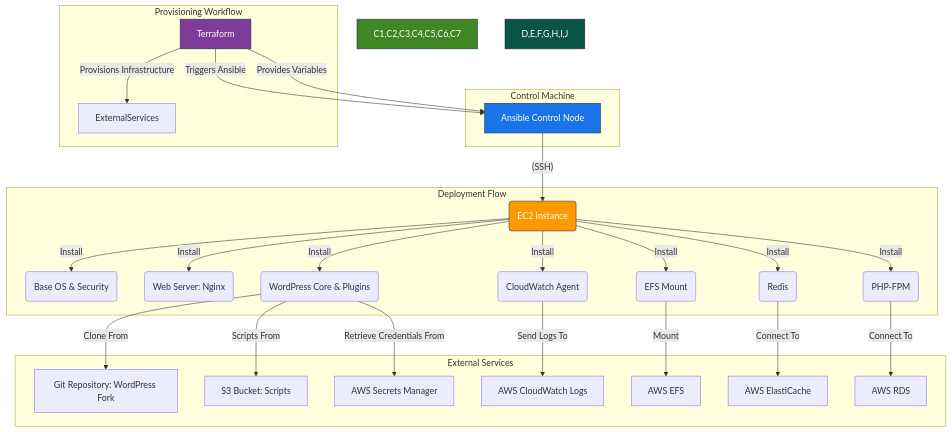
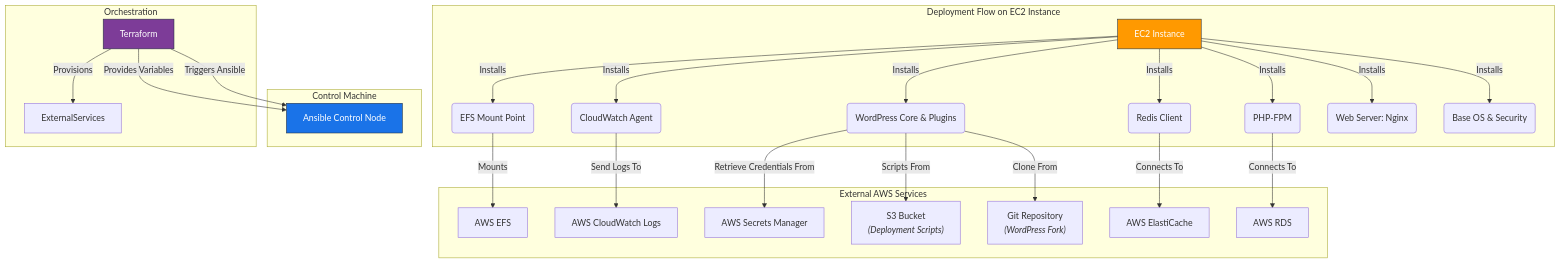
One commit to hetmanskyi-cloud/AWS changed the diagram in terraform/ansible/README.md. Above: the diagram before and after it, drawn with Mermaid. The commit also changed 5 other files, not shown here.

````diff
--- a/terraform/ansible/README.md
+++ b/terraform/ansible/README.md
@@ -51,39 +51,49 @@
 ```mermaid
 graph TD
     subgraph "Control Machine"
-        A[Ansible Control Node]
+        Ansible[Ansible Control Node]
     end
 
-    subgraph "Deployment Flow"
-        A -- (SSH) --> B(EC2 Instance)
-        B -- Install --> C1(Base OS & Security)
-        B -- Install --> C2(Web Server: Nginx)
-        B -- Install --> C3(PHP-FPM)
-        B -- Install --> C4(Redis)
-        B -- Install --> C5(WordPress Core & Plugins)
-        B -- Install --> C6(CloudWatch Agent)
-        B -- Install --> C7(EFS Mount)
+    subgraph "Deployment Flow on EC2 Instance"
+        EC2[EC2 Instance]
+        EC2 -- Installs --> BaseOS("Base OS & Security")
+        EC2 -- Installs --> Nginx("Web Server: Nginx")
+        EC2 -- Installs --> PHP("PHP-FPM")
+        EC2 -- Installs --> RedisClient("Redis Client")
+        EC2 -- Installs --> WordPress("WordPress Core & Plugins")
+        EC2 -- Installs --> CW_Agent("CloudWatch Agent")
+        EC2 -- Installs --> EFS_Mount("EFS Mount Point")
     end
 
-    subgraph "External Services"
-        C5 -- Clone From --> D[Git Repository: WordPress Fork]
-        C5 -- Scripts From --> E[S3 Bucket: Scripts]
-        C5 -- Retrieve Credentials From --> F[AWS Secrets Manager]
-        C6 -- Send Logs To --> G[AWS CloudWatch Logs]
-        C7 -- Mount --> H[AWS EFS]
-        C4 -- Connect To --> I[AWS ElastiCache]
-        C3 -- Connect To --> J[AWS RDS]
+    subgraph "External AWS Services"
+        GitRepo["Git Repository<br><i>(WordPress Fork)</i>"]
+        S3["S3 Bucket<br><i>(Deployment Scripts)</i>"]
+        SecretsManager["AWS Secrets Manager"]
+        CloudWatch["AWS CloudWatch Logs"]
+        EFS["AWS EFS"]
+        ElastiCache["AWS ElastiCache"]
+        RDS["AWS RDS"]
     end
 
-    subgraph "Provisioning Workflow"
-        K[Terraform] -- Triggers Ansible --> A
-        K -- Provides Variables --> A
-        K -- Provisions Infrastructure --> ExternalServices
+    subgraph "Orchestration"
+        Terraform -- Triggers Ansible --> Ansible
+        Terraform -- Provides Variables --> Ansible
+        Terraform -- Provisions --> ExternalServices
     end
 
-    style K fill:#7D3C98,stroke:#232F3E,color:white
-    style A fill:#1A73E8,stroke:#232F3E,color:white
-    style B fill:#FF9900,stroke:#232F3E,color:white
-    style C1,C2,C3,C4,C5,C6,C7 fill:#3F8624,stroke:#232F3E,color:white
-    style D,E,F,G,H,I,J fill:#0B5345,stroke:#232F3E,color:white
+    %% Connections
+    WordPress -- Clone From --> GitRepo
+    WordPress -- Scripts From --> S3
+    WordPress -- Retrieve Credentials From --> SecretsManager
+    PHP -- Connects To --> RDS
+    RedisClient -- Connects To --> ElastiCache
+    CW_Agent -- Send Logs To --> CloudWatch
+    EFS_Mount -- Mounts --> EFS
+
+    %% Styling
+    style Terraform fill:#7D3C98,stroke:#232F3E,color:white
+    style Ansible fill:#1A73E8,stroke:#232F3E,color:white
+    style EC2 fill:#FF9900,stroke:#232F3E,color:white
+    class BaseOS,Nginx,PHP,RedisClient,WordPress,CW_Agent,EFS_Mount fill:#3F8624,stroke:#232F3E,color:white
+    class GitRepo,S3,SecretsManager,CloudWatch,EFS,ElastiCache,RDS fill:#0B5345,stroke:#232F3e,color:white
 ```
````
